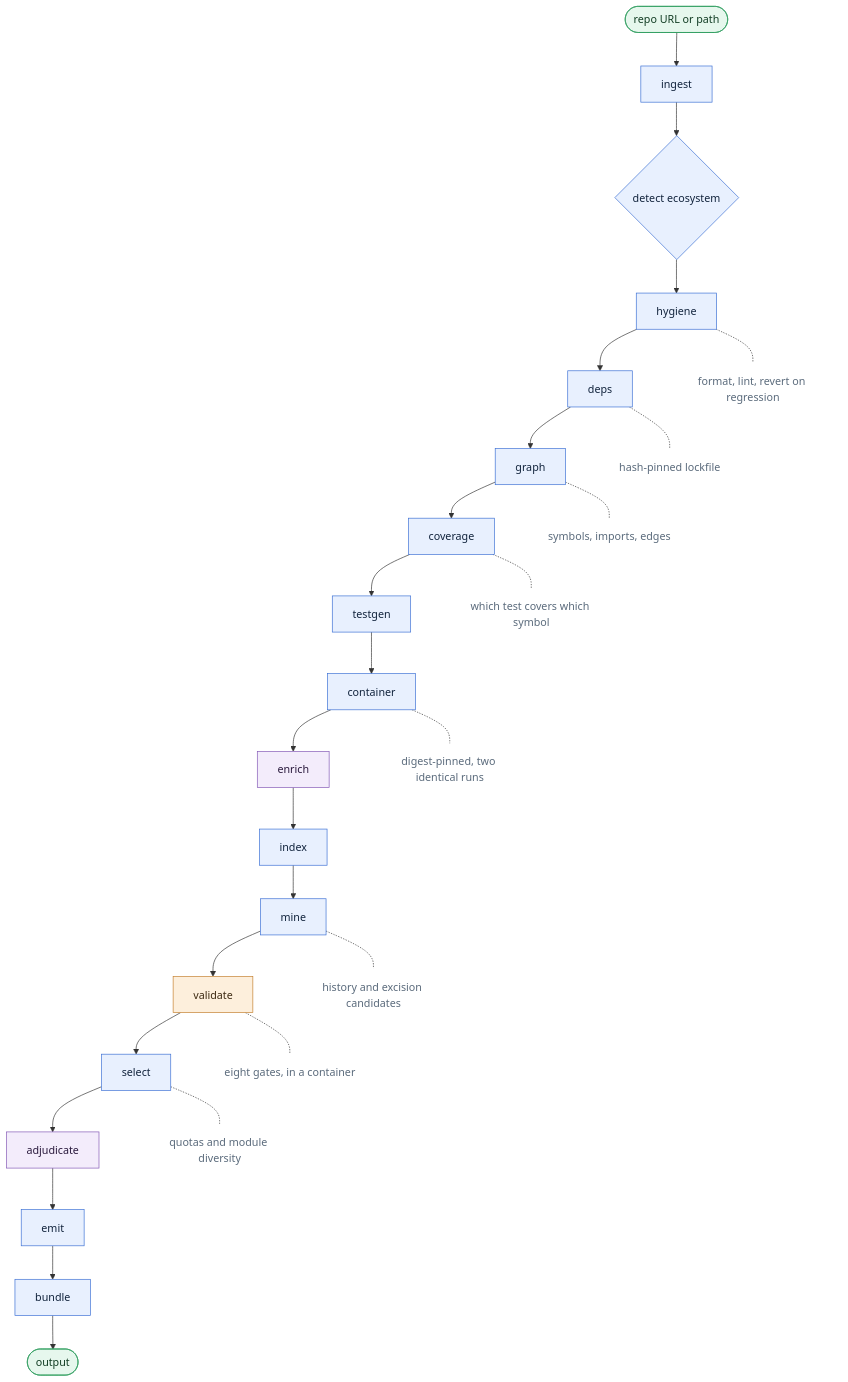
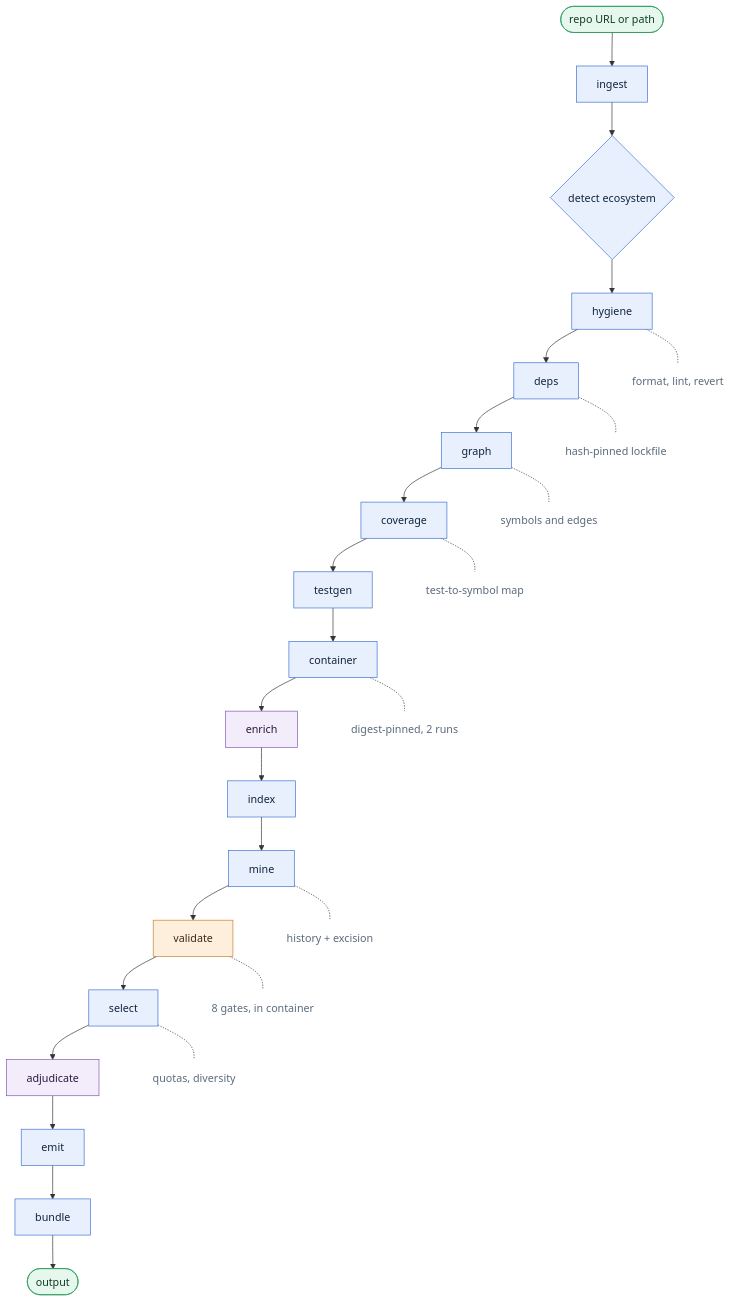
Before and after one commit to AdityaKaleeswarGK/LH2_take_home_assignment: the diagram in README.md, drawn with Mermaid.

Commit message:
docs: shorten diagram side-note labels for narrow renderers
Some markdown previews clip node labels at a fixed width instead of wrapping,
which is what made the previous diagram unreadable. The redraw already dropped
subgraphs, <br/> tags and the middle-dot separators; this trims the remaining
side notes so the longest label is 21 characters, leaving headroom on viewers
that clip.

````diff
--- a/README.md
+++ b/README.md
@@ -21,42 +21,42 @@
 ```mermaid
 flowchart TD
     SRC([repo URL or path]) --> ING[ingest]
     ING --> PROF{detect ecosystem}
 
     PROF --> HYG[hygiene]
     HYG --> DEP[deps]
     DEP --> GRA[graph]
     GRA --> COV[coverage]
     COV --> TGN[testgen]
     TGN --> CON[container]
     CON --> ENR[enrich]
     ENR --> IDX[index]
     IDX --> MIN[mine]
     MIN --> VAL[validate]
     VAL --> SEL[select]
     SEL --> ADJ[adjudicate]
     ADJ --> EMI[emit]
     EMI --> BUN[bundle]
     BUN --> OUT([output])
 
-    HYG -.- N1[format, lint, revert on regression]
+    HYG -.- N1[format, lint, revert]
     DEP -.- N2[hash-pinned lockfile]
-    GRA -.- N3[symbols, imports, edges]
-    COV -.- N4[which test covers which symbol]
-    CON -.- N5[digest-pinned, two identical runs]
-    MIN -.- N6[history and excision candidates]
-    VAL -.- N7[eight gates, in a container]
-    SEL -.- N8[quotas and module diversity]
+    GRA -.- N3[symbols and edges]
+    COV -.- N4[test-to-symbol map]
+    CON -.- N5[digest-pinned, 2 runs]
+    MIN -.- N6[history + excision]
+    VAL -.- N7[8 gates, in container]
+    SEL -.- N8[quotas, diversity]
 
     classDef stage fill:#e8f0fe,stroke:#3b6fd4,color:#12243d
     classDef gate fill:#fdefdc,stroke:#c47f2d,color:#3d2a12
     classDef model fill:#f3ecfb,stroke:#8257b5,color:#2a1a3d
     classDef io fill:#e6f7ed,stroke:#2f9e5f,color:#123d24
     classDef note fill:#ffffff00,stroke:#ffffff00,color:#5b6b7c
 
     class ING,HYG,DEP,GRA,COV,TGN,CON,IDX,MIN,SEL,EMI,BUN,PROF stage
     class VAL gate
     class ENR,ADJ model
     class SRC,OUT io
     class N1,N2,N3,N4,N5,N6,N7,N8 note
 ```
````
